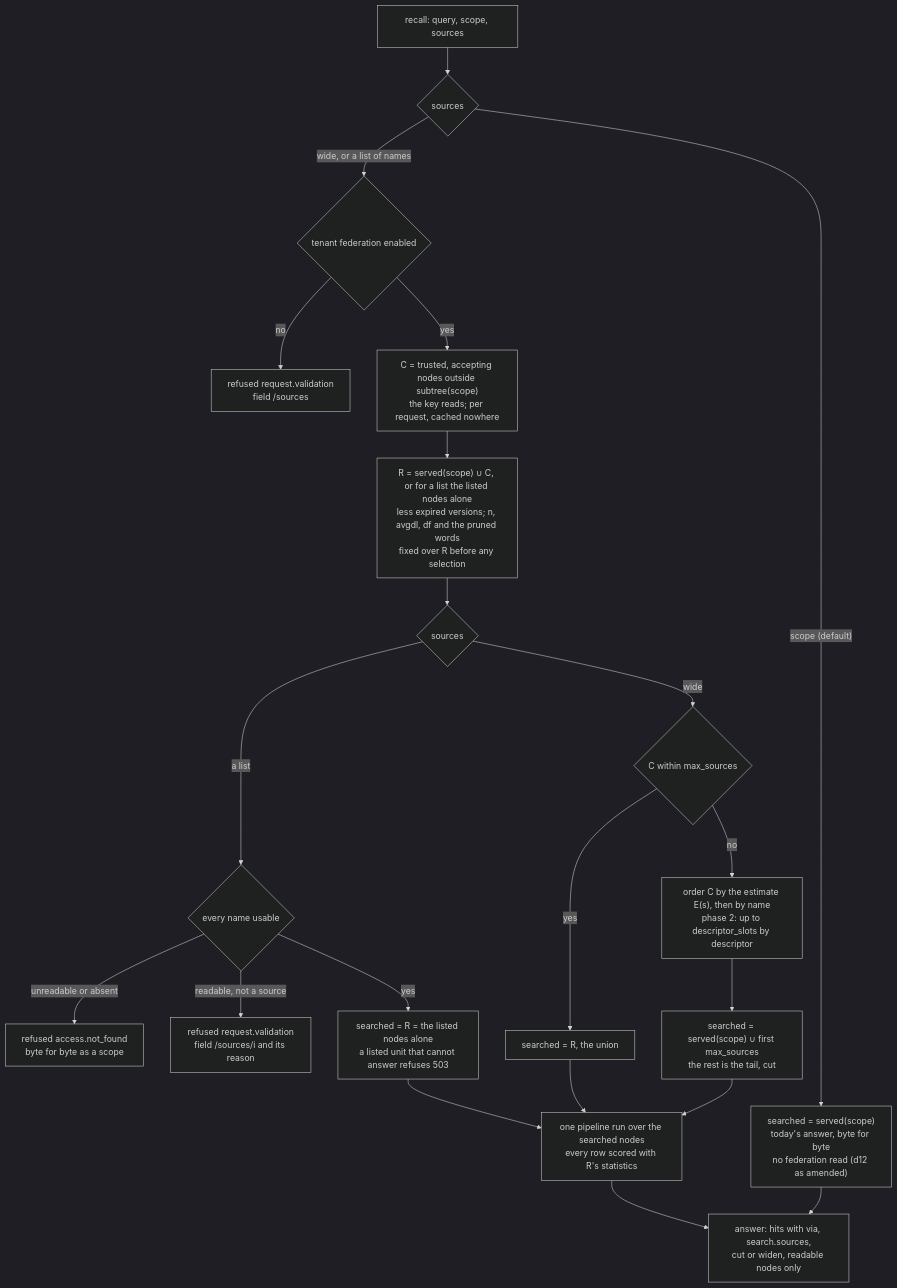
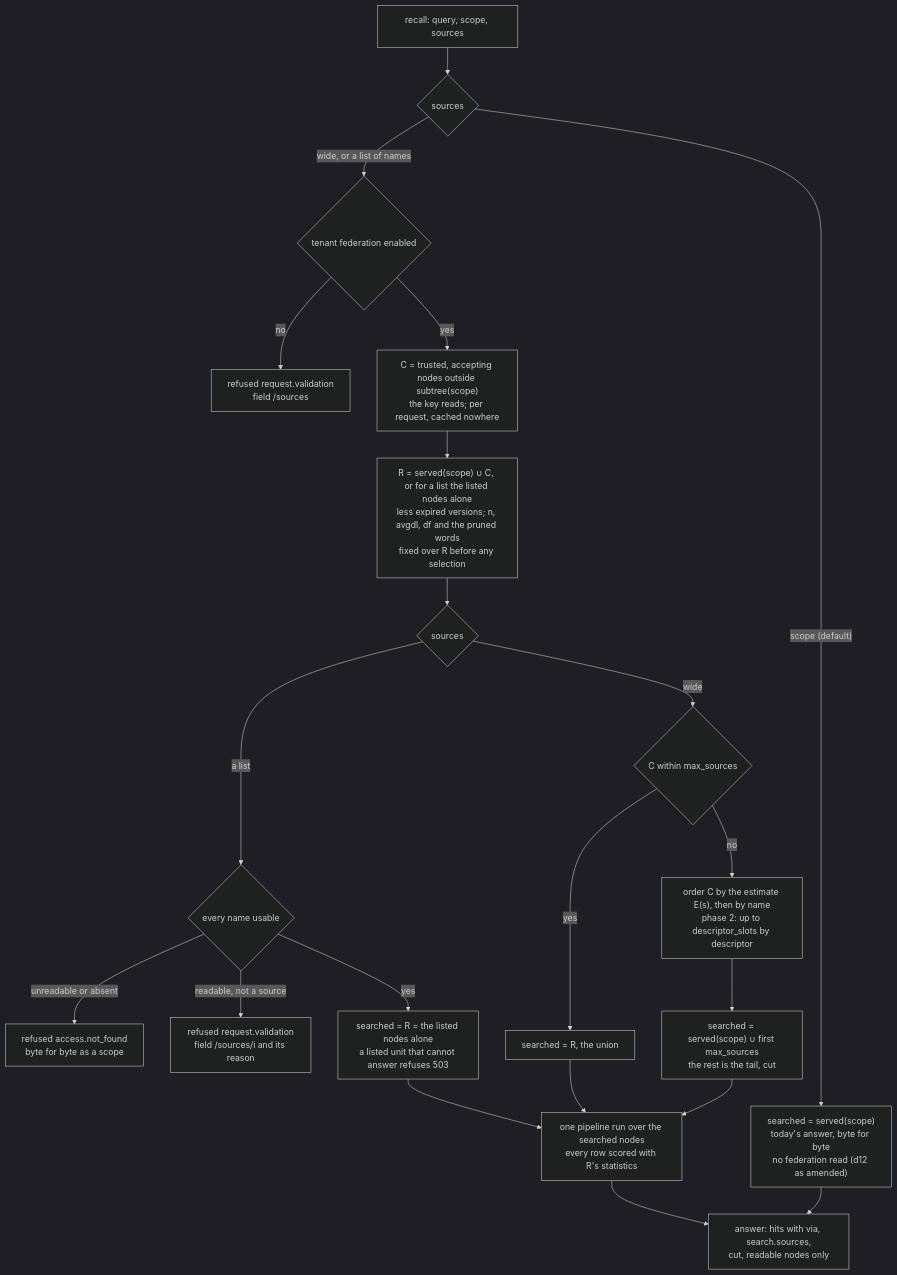
One commit to e8kor/open-memory-lab changed the first of 2 diagrams in docs/adr/ADR-0072-recall-searches-the-trusted-workareas-a-key-already-reads-chosen-per-query-by-reviewed-descriptors-and-never-widens-what-it-may-read.md. Above: the diagram before and after it, drawn with Mermaid (dark theme). The commit also changed other lines of this file and 2 other files, not shown here.

Commit message:
docs(recall): the widen hint and its test 9b are deferred from phase 1 to #244, where a precomputed signal makes them cheap (ADR-0072 d8, d12, d13, #205)

````diff
--- a/docs/adr/ADR-0072-recall-searches-the-trusted-workareas-a-key-already-reads-chosen-per-query-by-reviewed-descriptors-and-never-widens-what-it-may-read.md
+++ b/docs/adr/ADR-0072-recall-searches-the-trusted-workareas-a-key-already-reads-chosen-per-query-by-reviewed-descriptors-and-never-widens-what-it-may-read.md
@@ -154,23 +155,23 @@
 ```mermaid
 flowchart TD
   Q["recall: query, scope, sources"] --> M{"sources"}
   M -->|"wide, or a list of names"| F{"tenant federation enabled"}
   F -->|no| X["refused request.validation<br/>field /sources"]
   F -->|yes| C["C = trusted, accepting nodes outside subtree(scope)<br/>the key reads; per request, cached nowhere"]
   M -->|"scope (default)"| S["searched = served(scope)<br/>today's answer, byte for byte<br/>no federation read (d12 as amended)"]
   S --> A
   C --> R["R = served(scope) ∪ C, or for a list the listed nodes alone<br/>less expired versions; n, avgdl, df and the pruned words<br/>fixed over R before any selection"]
   R --> L{"sources"}
   L -->|"a list"| V{"every name usable"}
   V -->|"unreadable or absent"| NF["refused access.not_found<br/>byte for byte as a scope"]
   V -->|"readable, not a source"| VR["refused request.validation<br/>field /sources/i and its reason"]
   V -->|yes| SL["searched = R = the listed nodes alone<br/>a listed unit that cannot answer refuses 503"]
   L -->|wide| CAP{"C within max_sources"}
   CAP -->|yes| U["searched = R, the union"]
   CAP -->|no| O["order C by the estimate E(s), then by name<br/>phase 2: up to descriptor_slots by descriptor"]
   O --> T["searched = served(scope) ∪ first max_sources<br/>the rest is the tail, cut"]
   SL --> P["one pipeline run over the searched nodes<br/>every row scored with R's statistics"]
   U --> P
   T --> P
-  P --> A["answer: hits with via, search.sources,<br/>cut or widen, readable nodes only"]
+  P --> A["answer: hits with via, search.sources,<br/>cut, readable nodes only"]
 ```
````
